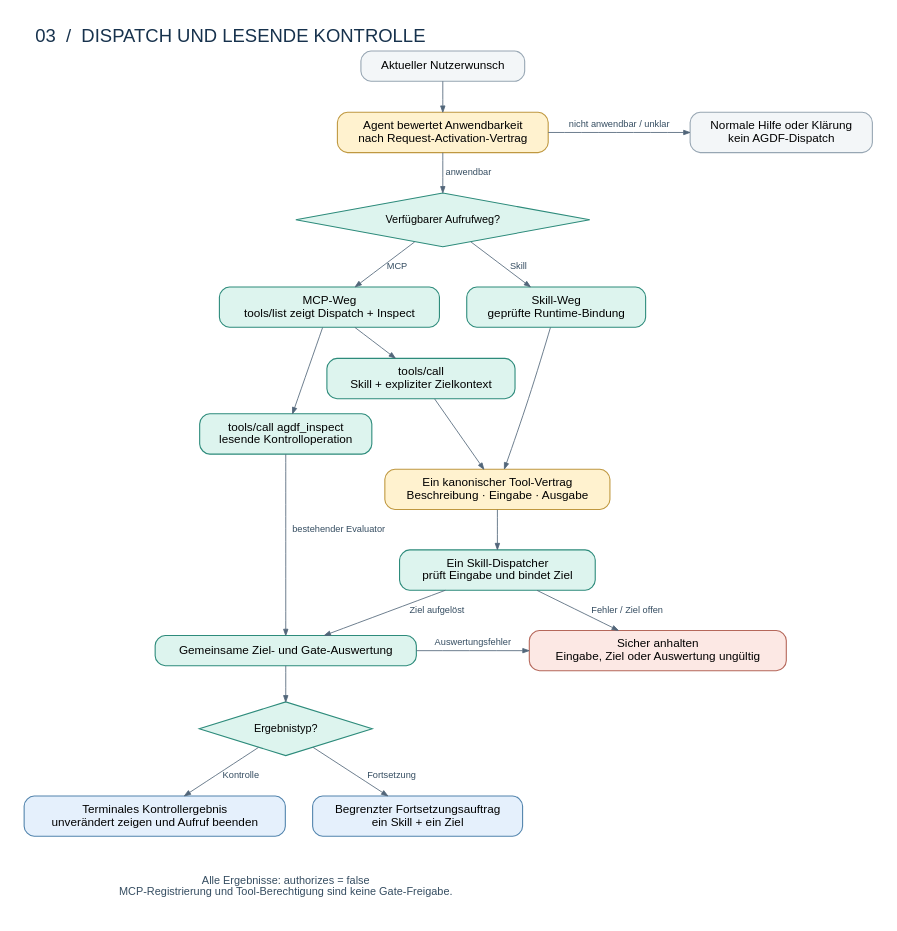
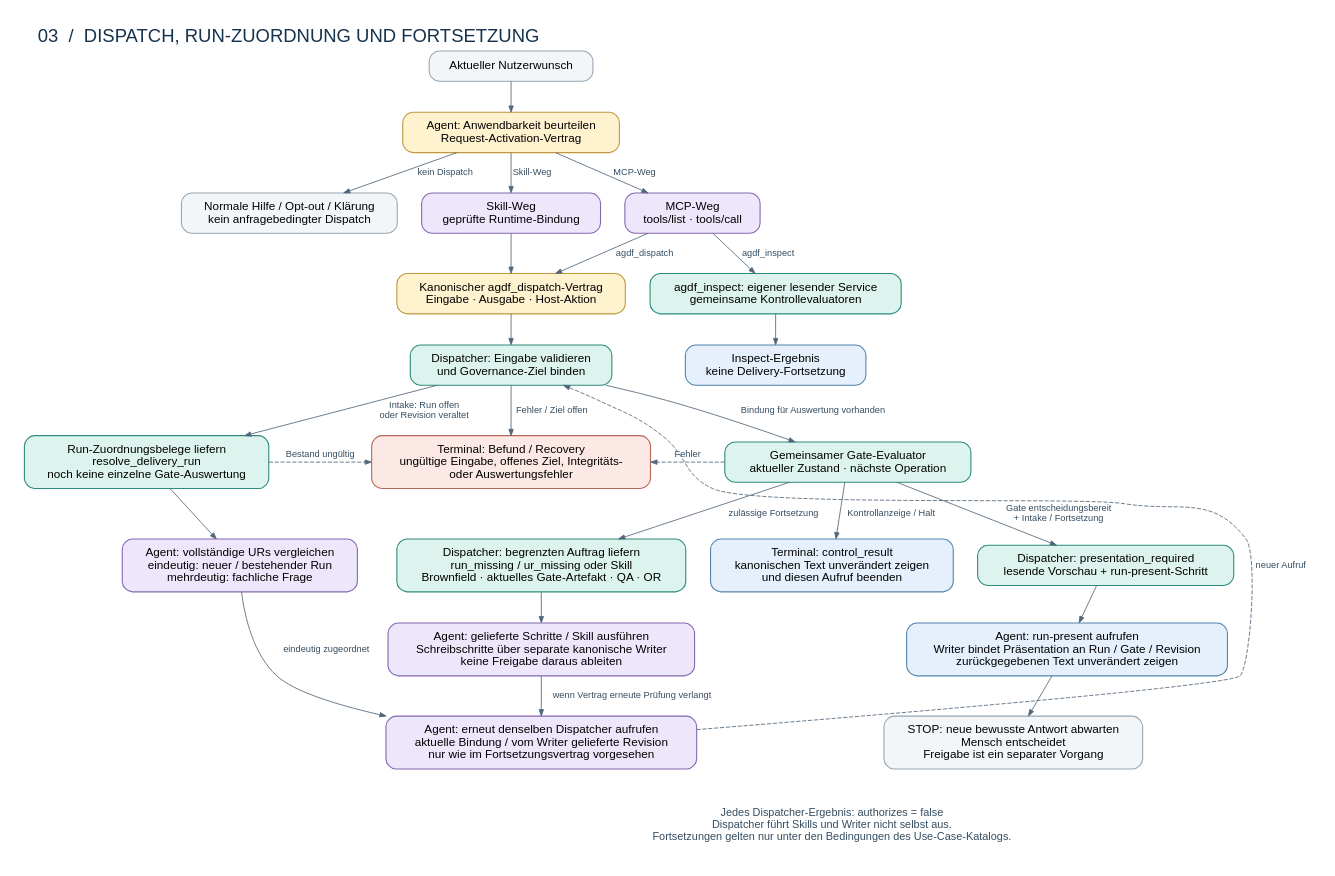
One commit to ArndtGold/ai-native-governance-delivery-framework changed the diagram in docs/architecture/diagrams/03-dispatch.dot. Above: the diagram before and after it, drawn with Graphviz. The commit also changed 86 other files, not shown here.

```diff
--- a/docs/architecture/diagrams/03-dispatch.dot
+++ b/docs/architecture/diagrams/03-dispatch.dot
@@ -1,47 +1,62 @@
 digraph dispatch {
-  graph [rankdir=TB, bgcolor="white", pad=0.3, nodesep=0.45, ranksep=0.48, fontname="Helvetica", label="03  /  DISPATCH UND LESENDE KONTROLLE", labelloc=t, labeljust=l, fontsize=22, fontcolor="#17324D"];
+  graph [rankdir=TB, bgcolor="white", pad=0.3, nodesep=0.4, ranksep=0.48, fontname="Helvetica", label="03  /  DISPATCH, RUN-ZUORDNUNG UND FORTSETZUNG", labelloc=t, labeljust=l, fontsize=22, fontcolor="#17324D"];
   node [shape=box, style="rounded,filled", color="#2D8B7B", fillcolor="#DDF4EE", fontname="Helvetica", fontsize=14, margin="0.19,0.12", penwidth=1.3];
   edge [color="#52667A", arrowsize=0.75, fontname="Helvetica", fontsize=11, fontcolor="#354D61"];
 
   request [label="Aktueller Nutzerwunsch", fillcolor="#F3F6F8", color="#97A6B3"];
-  activation [label="Agent bewertet Anwendbarkeit\nnach Request-Activation-Vertrag", fillcolor="#FFF2CF", color="#BF9840"];
-  normal [label="Normale Hilfe oder Klärung\nkein AGDF-Dispatch", fillcolor="#F3F6F8", color="#97A6B3"];
-  route [label="Verfügbarer Aufrufweg?", shape=diamond, style=filled, fontsize=13, margin=0.12];
-  skill [label="Skill-Weg\ngeprüfte Runtime-Bindung"];
-  list [label="MCP-Weg\ntools/list zeigt Dispatch + Inspect"];
-  call [label="tools/call\nSkill + expliziter Zielkontext"];
-  inspect [label="tools/call agdf_inspect\nlesende Kontrolloperation"];
-  contract [label="Ein kanonischer Tool-Vertrag\nBeschreibung · Eingabe · Ausgabe", fillcolor="#FFF2CF", color="#BF9840"];
-  dispatcher [label="Ein Skill-Dispatcher\nprüft Eingabe und bindet Ziel"];
-  evaluation [label="Gemeinsame Ziel- und Gate-Auswertung"];
-  outcome [label="Ergebnistyp?", shape=diamond, style=filled, fontsize=13, margin=0.12];
-  terminal [label="Terminales Kontrollergebnis\nunverändert zeigen und Aufruf beenden", fillcolor="#E5F0FC", color="#5284AD"];
-  continuation [label="Begrenzter Fortsetzungsauftrag\nein Skill + ein Ziel", fillcolor="#E5F0FC", color="#5284AD"];
-  recovery [label="Sicher anhalten\nEingabe, Ziel oder Auswertung ungültig", fillcolor="#FCE8E4", color="#B5675A"];
-  note [label="Alle Ergebnisse: authorizes = false\nMCP-Registrierung und Tool-Berechtigung sind keine Gate-Freigabe.", shape=plaintext, fillcolor="white", fontcolor="#354D61", fontsize=13];
+  activation [label="Agent: Anwendbarkeit beurteilen\nRequest-Activation-Vertrag", fillcolor="#FFF2CF", color="#BF9840"];
+  normal [label="Normale Hilfe / Opt-out / Klärung\nkein anfragebedingter Dispatch", fillcolor="#F3F6F8", color="#97A6B3"];
+  skill [label="Skill-Weg\ngeprüfte Runtime-Bindung", fillcolor="#EEE7FC", color="#8268AF"];
+  mcp [label="MCP-Weg\ntools/list · tools/call", fillcolor="#EEE7FC", color="#8268AF"];
+  inspect [label="agdf_inspect: eigener lesender Service\ngemeinsame Kontrollevaluatoren"];
+  inspect_result [label="Inspect-Ergebnis\nkeine Delivery-Fortsetzung", fillcolor="#E5F0FC", color="#5284AD"];
+  contract [label="Kanonischer agdf_dispatch-Vertrag\nEingabe · Ausgabe · Host-Aktion", fillcolor="#FFF2CF", color="#BF9840"];
+  dispatcher [label="Dispatcher: Eingabe validieren\nund Governance-Ziel binden"];
+  assignment [label="Run-Zuordnungsbelege liefern\nresolve_delivery_run\nnoch keine einzelne Gate-Auswertung"];
+  scope [label="Agent: vollständige URs vergleichen\neindeutig: neuer / bestehender Run\nmehrdeutig: fachliche Frage", fillcolor="#EEE7FC", color="#8268AF"];
+  evaluation [label="Gemeinsamer Gate-Evaluator\naktueller Zustand · nächste Operation"];
+  recovery [label="Terminal: Befund / Recovery\nungültige Eingabe, offenes Ziel, Integritäts-\noder Auswertungsfehler", fillcolor="#FCE8E4", color="#B5675A"];
+  terminal [label="Terminal: control_result\nkanonischen Text unverändert zeigen\nund diesen Aufruf beenden", fillcolor="#E5F0FC", color="#5284AD"];
+  work [label="Dispatcher: begrenzten Auftrag liefern\nrun_missing / ur_missing oder Skill\nBrownfield · aktuelles Gate-Artefakt · QA · OR"];
+  execute [label="Agent: gelieferte Schritte / Skill ausführen\nSchreibschritte über separate kanonische Writer\nkeine Freigabe daraus ableiten", fillcolor="#EEE7FC", color="#8268AF"];
+  presentation [label="Dispatcher: presentation_required\nlesende Vorschau + run-present-Schritt"];
+  present [label="Agent: run-present aufrufen\nWriter bindet Präsentation an Run / Gate / Revision\nzurückgegebenen Text unverändert zeigen", fillcolor="#E5F0FC", color="#5284AD"];
+  wait [label="STOP: neue bewusste Antwort abwarten\nMensch entscheidet\nFreigabe ist ein separater Vorgang", fillcolor="#F3F6F8", color="#97A6B3"];
+  redispatch [label="Agent: erneut denselben Dispatcher aufrufen\naktuelle Bindung / vom Writer gelieferte Revision\nnur wie im Fortsetzungsvertrag vorgesehen", fillcolor="#EEE7FC", color="#8268AF"];
+  note [label="Jedes Dispatcher-Ergebnis: authorizes = false\nDispatcher führt Skills und Writer nicht selbst aus.\nFortsetzungen gelten nur unter den Bedingungen des Use-Case-Katalogs.", shape=plaintext, fillcolor="white", fontcolor="#354D61", fontsize=13];
 
   request -> activation;
-  activation -> normal [label="nicht anwendbar / unklar"];
-  activation -> route [label="anwendbar"];
-  route -> skill [label="Skill"];
-  route -> list [label="MCP"];
-  list -> call;
-  list -> inspect;
+  activation -> normal [label="kein Dispatch"];
+  activation -> skill [label="Skill-Weg"];
+  activation -> mcp [label="MCP-Weg"];
   skill -> contract;
-  call -> contract;
-  inspect -> evaluation [label="bestehender Evaluator"];
+  mcp -> contract [label="agdf_dispatch"];
+  mcp -> inspect [label="agdf_inspect"];
+  inspect -> inspect_result;
   contract -> dispatcher;
   dispatcher -> recovery [label="Fehler / Ziel offen"];
-  dispatcher -> evaluation [label="Ziel aufgelöst"];
-  evaluation -> recovery [label="Auswertungsfehler"];
-  evaluation -> outcome;
-  outcome -> terminal [label="Kontrolle"];
-  outcome -> continuation [label="Fortsetzung"];
+  dispatcher -> assignment [label="Intake: Run offen\noder Revision veraltet"];
+  dispatcher -> evaluation [label="Bindung für Auswertung vorhanden"];
+  assignment -> scope;
+  assignment -> recovery [label="Bestand ungültig", style=dashed, constraint=false];
+  scope -> redispatch [label="eindeutig zugeordnet"];
+  evaluation -> recovery [label="Fehler", style=dashed, constraint=false];
+  evaluation -> terminal [label="Kontrollanzeige / Halt"];
+  evaluation -> work [label="zulässige Fortsetzung"];
+  evaluation -> presentation [label="Gate entscheidungsbereit\n+ Intake / Fortsetzung"];
+  work -> execute;
+  execute -> redispatch [label="wenn Vertrag erneute Prüfung verlangt"];
+  presentation -> present;
+  present -> wait;
+  redispatch -> dispatcher [style=dashed, constraint=false, label="neuer Aufruf"];
   terminal -> note [style=invis];
-  continuation -> note [style=invis];
+  redispatch -> note [style=invis];
+  wait -> note [style=invis];
 
-  {rank=same; activation; normal;}
-  {rank=same; skill; list;}
-  {rank=same; evaluation; recovery;}
-  {rank=same; terminal; continuation;}
+  {rank=same; normal; skill; mcp;}
+  {rank=same; contract; inspect;}
+  {rank=same; assignment; evaluation; recovery;}
+  {rank=same; scope; terminal; work; presentation;}
+  {rank=same; execute; present;}
+  {rank=same; redispatch; wait;}
 }
```
